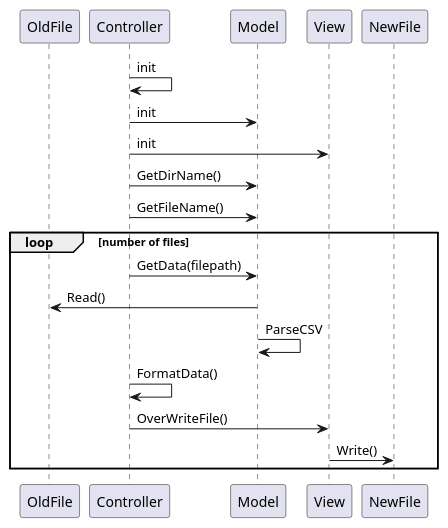
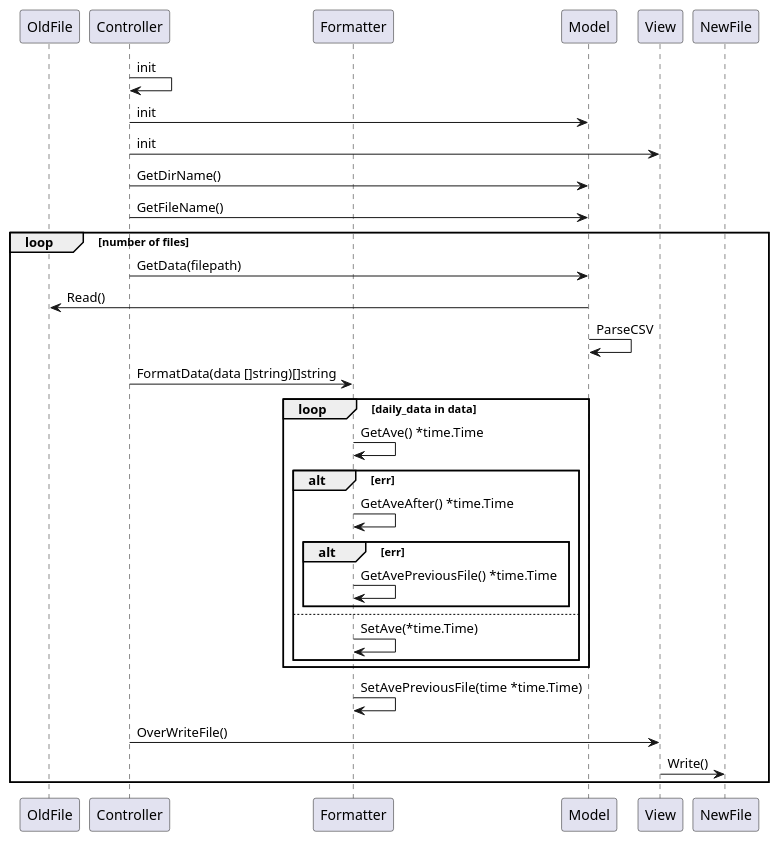
One commit to Issei0804-ie/lab11 changed the diagram in sequenceDiagram.puml. Above: the diagram before and after it, drawn with PlantUML. The commit also changed 12 other files, not shown here.

```diff
--- a/sequenceDiagram.puml
+++ b/sequenceDiagram.puml
@@ -1,24 +1,38 @@
 @startuml
 participant OldFile
 participant Controller
+participant Formatter
 participant Model
 participant View
 participant NewFile
 
 Controller -> Controller : init
 Controller -> Model : init
 Controller -> View : init
 
 Controller -> Model : GetDirName()
 Controller -> Model : GetFileName()
 loop number of files
     Controller -> Model : GetData(filepath)
     Model -> OldFile : Read()
     Model -> Model : ParseCSV
-    Controller -> Controller : FormatData()
+    Controller -> Formatter : FormatData(data []string)[]string
+
+    loop daily_data in data
+        Formatter -> Formatter : GetAve() *time.Time
+        alt err
+            Formatter -> Formatter : GetAveAfter() *time.Time
+            alt err
+                Formatter -> Formatter : GetAvePreviousFile() *time.Time
+            end
+        else
+            Formatter -> Formatter : SetAve(*time.Time)
+        end
+    end
+    Formatter -> Formatter : SetAvePreviousFile(time *time.Time)
     Controller -> View : OverWriteFile()
     View -> NewFile : Write()
 end
 
 
 @enduml
```
